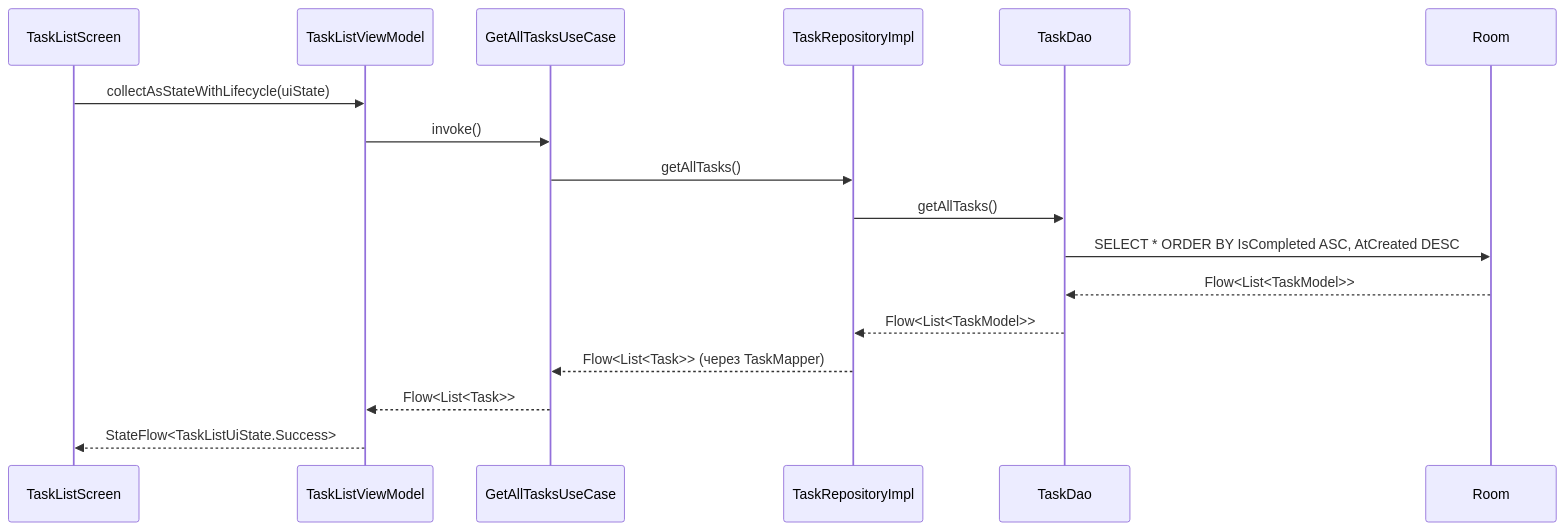
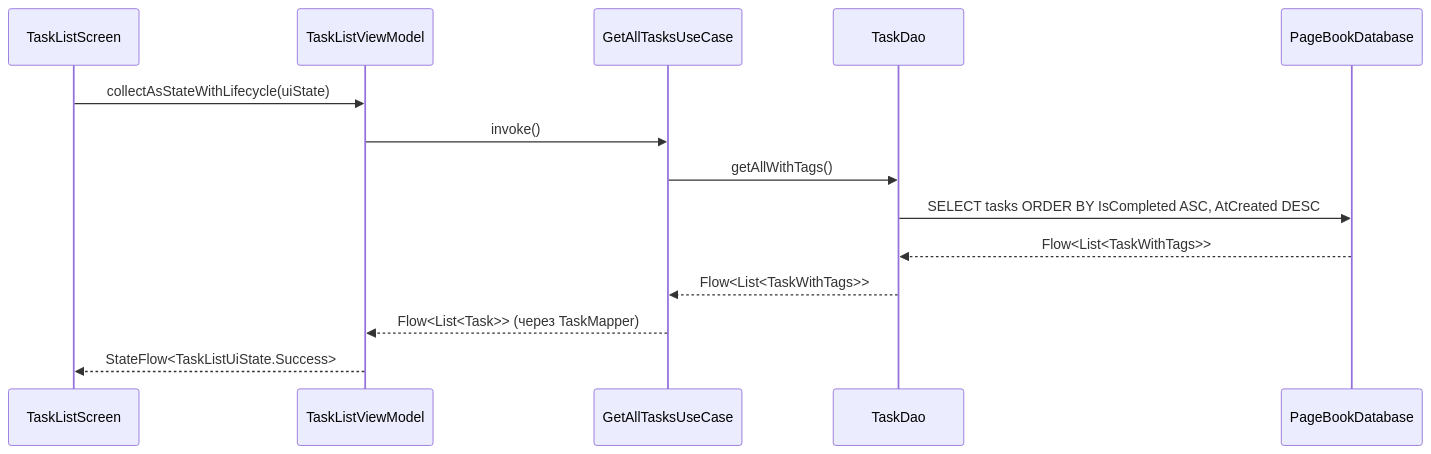
One commit to MaxGog/pagebook-android changed the third of 5 diagrams in docs/ARCHITECTURE.md. Above: the diagram before and after it, drawn with Mermaid. The commit also changed other lines of this file and 70 other files, not shown here.

````diff
--- a/docs/ARCHITECTURE.md
+++ b/docs/ARCHITECTURE.md
@@ -123,20 +247,17 @@
 ```mermaid
 sequenceDiagram
     participant UI as TaskListScreen
     participant VM as TaskListViewModel
     participant UC as GetAllTasksUseCase
-    participant Impl as TaskRepositoryImpl
     participant DAO as TaskDao
-    participant DB as Room
+    participant DB as PageBookDatabase
 
     UI->>VM: collectAsStateWithLifecycle(uiState)
     VM->>UC: invoke()
-    UC->>Impl: getAllTasks()
-    Impl->>DAO: getAllTasks()
-    DAO->>DB: SELECT * ORDER BY IsCompleted ASC, AtCreated DESC
-    DB-->>DAO: Flow<List<TaskModel>>
-    DAO-->>Impl: Flow<List<TaskModel>>
-    Impl-->>UC: Flow<List<Task>> (через TaskMapper)
-    UC-->>VM: Flow<List<Task>>
+    UC->>DAO: getAllWithTags()
+    DAO->>DB: SELECT tasks ORDER BY IsCompleted ASC, AtCreated DESC
+    DB-->>DAO: Flow<List<TaskWithTags>>
+    DAO-->>UC: Flow<List<TaskWithTags>>
+    UC-->>VM: Flow<List<Task>> (через TaskMapper)
     VM-->>UI: StateFlow<TaskListUiState.Success>
 ```
````
